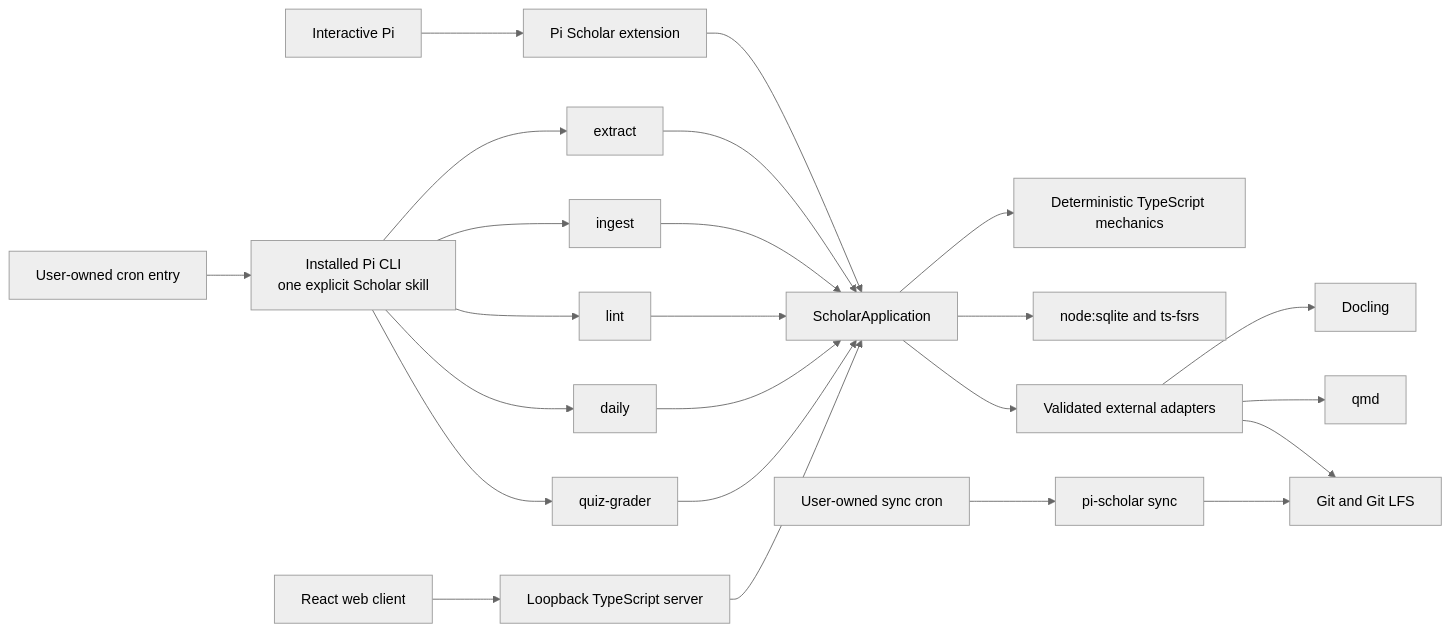
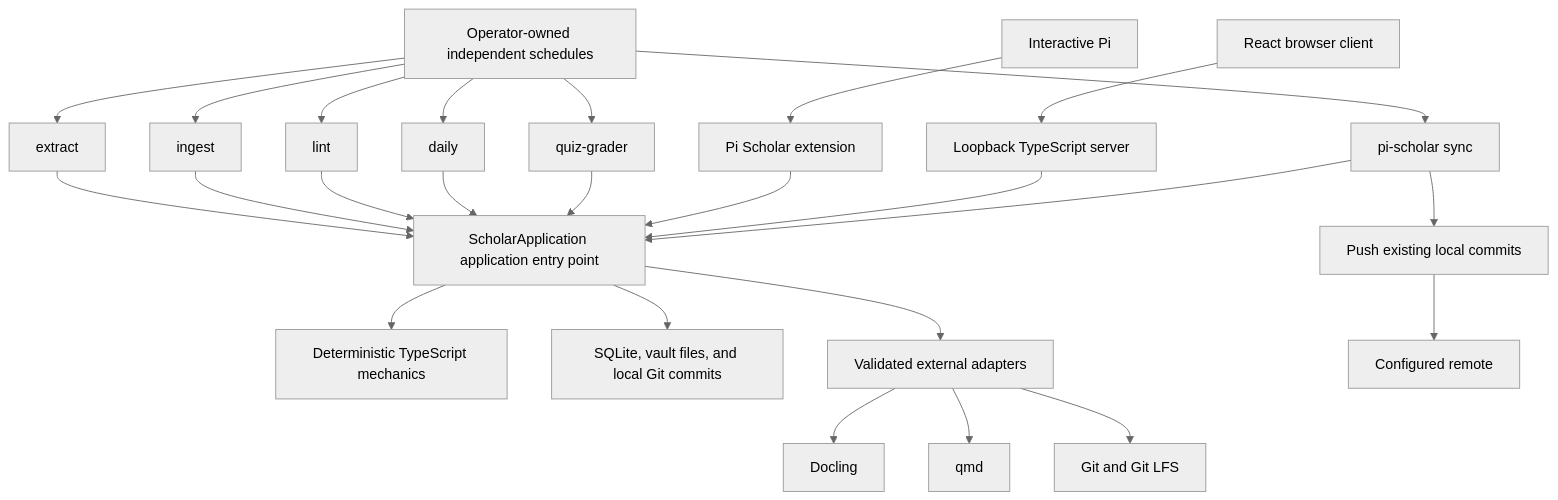
The second of 2 diagrams in pi-scholar.md (N-F9/pi-scholar), drawn with Mermaid (neutral theme) before and after one commit. The commit also changed other lines of this file and 26 other files, not shown here.

````diff
--- a/pi-scholar.md
+++ b/pi-scholar.md
@@ -277,26 +268,27 @@
 ```mermaid
-flowchart LR
-    Interactive[Interactive Pi] --> Extension[Pi Scholar extension]
-    Cron[User-owned cron entry] --> Pi[Installed Pi CLI\none explicit Scholar skill]
-    Pi --> Extract[extract]
-    Pi --> Ingest[ingest]
-    Pi --> Lint[lint]
-    Pi --> Daily[daily]
-    Pi --> Grader[quiz-grader]
-    Web[React web client] --> Server[Loopback TypeScript server]
-    Extension --> App[ScholarApplication]
-    Extract --> App
-    Ingest --> App
-    Lint --> App
-    Daily --> App
-    Grader --> App
-    Server --> App
-    App --> Mechanics[Deterministic TypeScript mechanics]
-    App --> SQLite[node:sqlite and ts-fsrs]
-    App --> External[Validated external adapters]
-    External --> Docling[Docling]
-    External --> Qmd[qmd]
-    External --> Git[Git and Git LFS]
-    SyncCron[User-owned sync cron] --> Sync[pi-scholar sync]
-    Sync --> Git
+flowchart TD
+    Operator["Operator-owned independent schedules"] --> Extract["extract"]
+    Operator --> Ingest["ingest"]
+    Operator --> Lint["lint"]
+    Operator --> Daily["daily"]
+    Operator --> Grader["quiz-grader"]
+    Operator --> Sync["pi-scholar sync"]
+    Interactive["Interactive Pi"] --> Extension["Pi Scholar extension"]
+    Browser["React browser client"] --> Server["Loopback TypeScript server"]
+    Extract --> Application["ScholarApplication application entry point"]
+    Ingest --> Application
+    Lint --> Application
+    Daily --> Application
+    Grader --> Application
+    Extension --> Application
+    Server --> Application
+    Sync --> Application
+    Application --> Mechanics["Deterministic TypeScript mechanics"]
+    Application --> Durable["SQLite, vault files, and local Git commits"]
+    Application --> External["Validated external adapters"]
+    External --> Docling["Docling"]
+    External --> Qmd["qmd"]
+    External --> Git["Git and Git LFS"]
+    Sync --> Push["Push existing local commits"]
+    Push --> Remote["Configured remote"]
 ```
````
